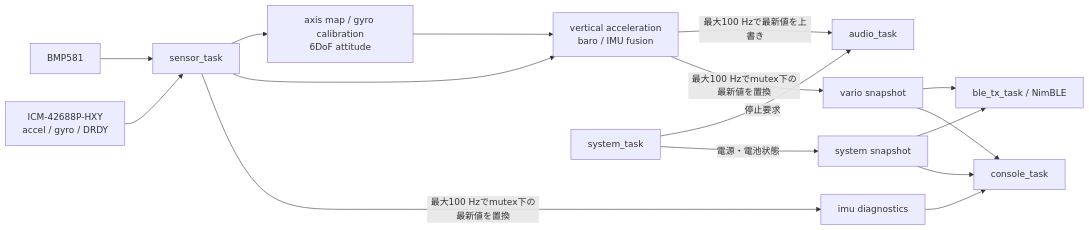
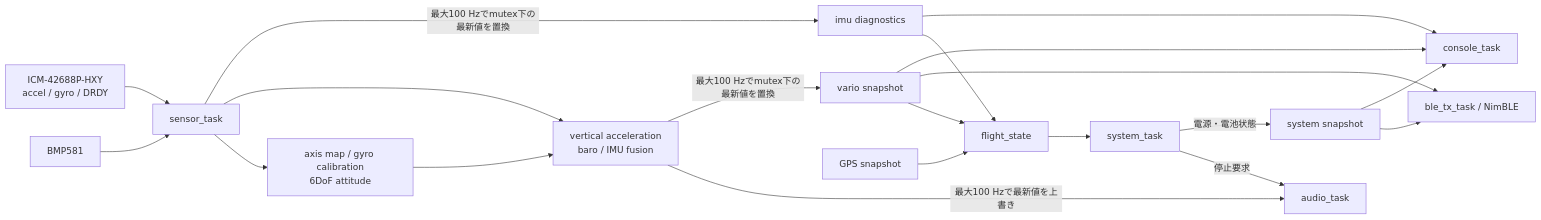
The second of 2 diagrams in DOC/SW_spec.md (Satoshi5385/CloudBaseVario), drawn with Mermaid before and after one commit. The commit also changed other lines of this file and 36 other files, not shown here.

````diff
--- a/DOC/SW_spec.md
+++ b/DOC/SW_spec.md
@@ -592,18 +601,22 @@
 ```mermaid
 flowchart LR
     BMP[BMP581] --> SENSOR[sensor_task]
     IMU[ICM-42688P-HXY<br/>accel / gyro / DRDY] --> SENSOR
     SENSOR --> ATTITUDE[axis map / gyro calibration<br/>6DoF attitude]
     ATTITUDE --> FUSION[vertical acceleration<br/>baro / IMU fusion]
     SENSOR --> FUSION
     FUSION -->|最大100 Hzで最新値を上書き| AUDIO[audio_task]
     FUSION -->|最大100 Hzでmutex下の最新値を置換| VARIO_SNAPSHOT[vario snapshot]
     SENSOR -->|最大100 Hzでmutex下の最新値を置換| IMU_DIAGNOSTICS[imu diagnostics]
+    VARIO_SNAPSHOT --> MOTION[flight_state]
+    IMU_DIAGNOSTICS --> MOTION
+    GPS[GPS snapshot] --> MOTION
+    MOTION --> SYSTEM
     VARIO_SNAPSHOT --> BLE[ble_tx_task / NimBLE]
     VARIO_SNAPSHOT --> CONSOLE[console_task]
     IMU_DIAGNOSTICS --> CONSOLE
     SYSTEM[system_task] -->|停止要求| AUDIO
     SYSTEM -->|電源・電池状態| SYSTEM_SNAPSHOT[system snapshot]
     SYSTEM_SNAPSHOT --> BLE
     SYSTEM_SNAPSHOT --> CONSOLE
 ```
````
